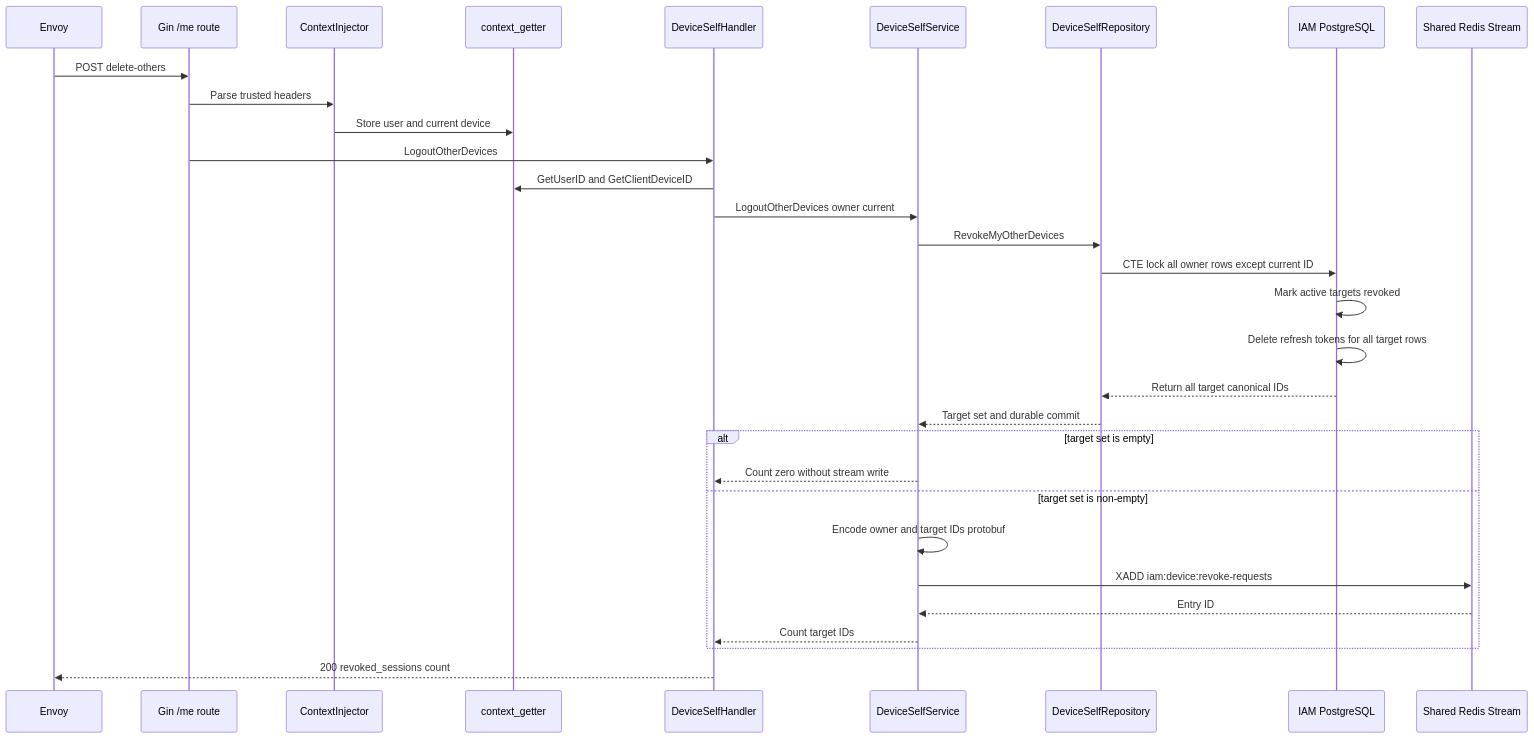
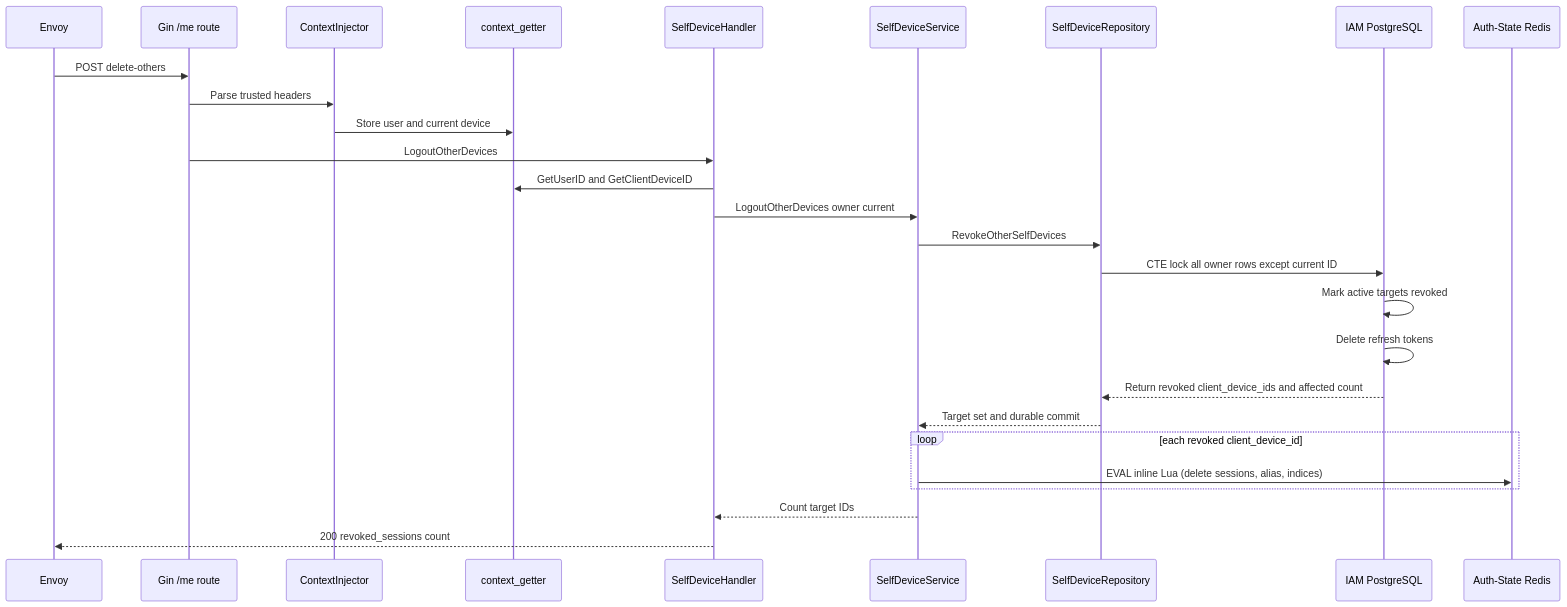
The second of 2 diagrams in god_view/iam/user_device_logout_other_devices_god_view_workflow.md (phucle996/aurora), drawn with Mermaid before and after one commit. The commit also changed other lines of this file and 68 other files, not shown here.

Commit message:
refactor: consolidate device management services and repositories into new personal and self device abstractions

````diff
--- a/god_view/iam/user_device_logout_other_devices_god_view_workflow.md
+++ b/god_view/iam/user_device_logout_other_devices_god_view_workflow.md
@@ -158,34 +162,30 @@
 ```mermaid
 sequenceDiagram
     participant Envoy as Envoy
     participant Route as Gin /me route
     participant Inject as ContextInjector
     participant Getter as context_getter
-    participant Handler as DeviceSelfHandler
-    participant Service as DeviceSelfService
-    participant Repo as DeviceSelfRepository
+    participant Handler as SelfDeviceHandler
+    participant Service as SelfDeviceService
+    participant Repo as SelfDeviceRepository
     participant PG as IAM PostgreSQL
-    participant Stream as Shared Redis Stream
+    participant Auth as Auth-State Redis
 
     Envoy->>Route: POST delete-others
     Route->>Inject: Parse trusted headers
     Inject->>Getter: Store user and current device
     Route->>Handler: LogoutOtherDevices
     Handler->>Getter: GetUserID and GetClientDeviceID
     Handler->>Service: LogoutOtherDevices owner current
-    Service->>Repo: RevokeMyOtherDevices
+    Service->>Repo: RevokeOtherSelfDevices
     Repo->>PG: CTE lock all owner rows except current ID
     PG->>PG: Mark active targets revoked
-    PG->>PG: Delete refresh tokens for all target rows
-    PG-->>Repo: Return all target canonical IDs
+    PG->>PG: Delete refresh tokens
+    PG-->>Repo: Return revoked client_device_ids and affected count
     Repo-->>Service: Target set and durable commit
-    alt target set is empty
-        Service-->>Handler: Count zero without stream write
-    else target set is non-empty
-        Service->>Service: Encode owner and target IDs protobuf
-        Service->>Stream: XADD iam:device:revoke-requests
-        Stream-->>Service: Entry ID
-        Service-->>Handler: Count target IDs
+    loop each revoked client_device_id
+        Service->>Auth: EVAL inline Lua (delete sessions, alias, indices)
     end
+    Service-->>Handler: Count target IDs
     Handler-->>Envoy: 200 revoked_sessions count
 ```
````
